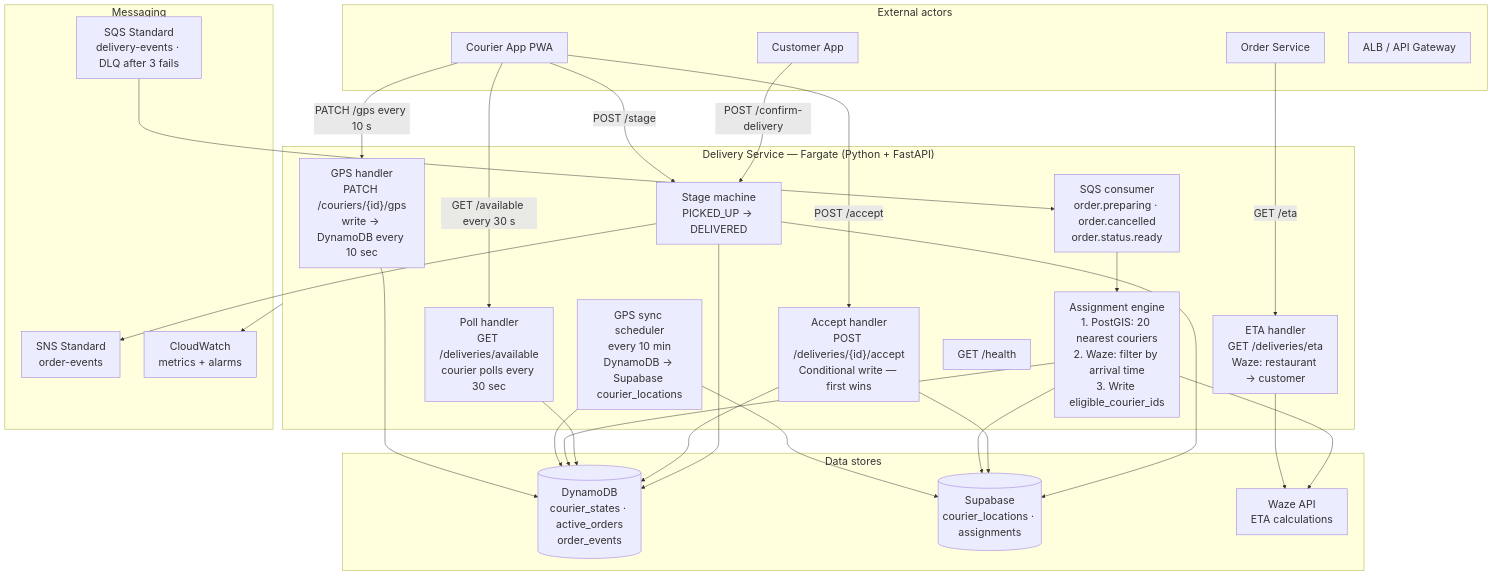
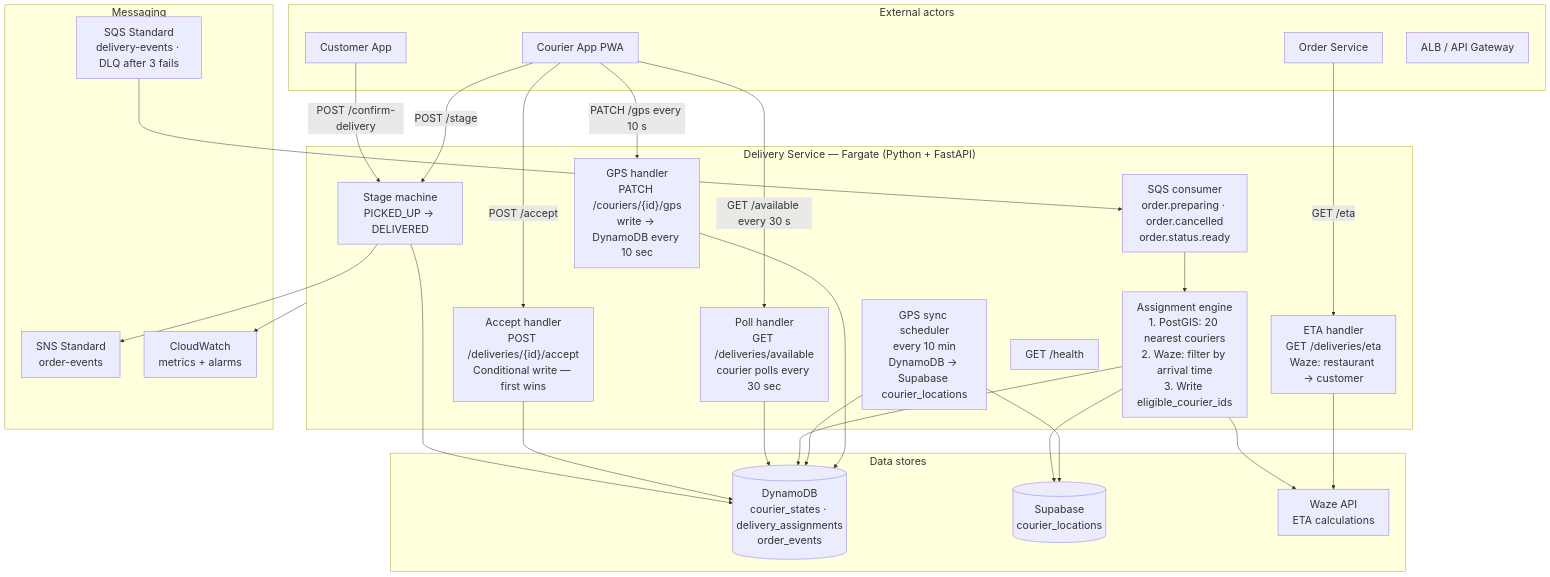
Before and after one commit to food-delivery-platform/docs: the tenth of 10 diagrams in ARCHITECTURE.md, drawn with Mermaid. The commit also changed other lines of this file and 1 other file, not shown here.

````diff
--- a/ARCHITECTURE.md
+++ b/ARCHITECTURE.md
@@ -1377,63 +1391,61 @@
 ```mermaid
 ---
 config:
   theme: default
   themeVariables:
     fontSize: "22px"
 ---
 graph TB
     subgraph External["External actors"]
         CA[Courier App PWA]
         CU[Customer App]
         OS_SVC[Order Service]
         APIGW[ALB / API Gateway]
     end
 
     subgraph Fargate["Delivery Service — Fargate (Python + FastAPI)"]
         GPSH["GPS handler\nPATCH /couriers/{id}/gps\nwrite → DynamoDB every 10 sec"]
         SYNC["GPS sync scheduler\nevery 10 min\nDynamoDB → Supabase courier_locations"]
         ETAh["ETA handler\nGET /deliveries/eta\nWaze: restaurant → customer"]
         AE["Assignment engine\n1. PostGIS: 20 nearest couriers\n2. Waze: filter by arrival time\n3. Write eligible_courier_ids"]
         POLL["Poll handler\nGET /deliveries/available\ncourier polls every 30 sec"]
         ACCH["Accept handler\nPOST /deliveries/{id}/accept\nConditional write — first wins"]
         SM["Stage machine\nPICKED_UP → DELIVERED"]
         SQSC["SQS consumer\norder.preparing · order.cancelled\norder.status.ready"]
         HC["GET /health"]
     end
 
     subgraph DataStores["Data stores"]
-        DY[(DynamoDB\ncourier_states · active_orders\norder_events)]
-        SB[(Supabase\ncourier_locations · assignments)]
+        DY[(DynamoDB\ncourier_states · delivery_assignments\norder_events)]
+        SB[(Supabase\ncourier_locations)]
         WAZE[Waze API\nETA calculations]
     end
 
     subgraph Messaging["Messaging"]
         SQSQ[SQS Standard\ndelivery-events · DLQ after 3 fails]
         SNS_OUT[SNS Standard\norder-events]
         CW[CloudWatch\nmetrics + alarms]
     end
 
     CA -->|PATCH /gps every 10 s| GPSH
     CA -->|GET /available every 30 s| POLL
     CA -->|POST /accept| ACCH
     CA -->|POST /stage| SM
     CU -->|POST /confirm-delivery| SM
     OS_SVC -->|GET /eta| ETAh
 
     GPSH --> DY
     SYNC --> DY
     SYNC --> SB
     ETAh --> WAZE
     SQSQ --> SQSC
     SQSC --> AE
     AE --> SB
     AE --> WAZE
     AE --> DY
     POLL --> DY
     ACCH --> DY
-    ACCH --> SB
     SM --> DY
-    SM --> SB
     SM --> SNS_OUT
     Fargate --> CW
 ```
````
